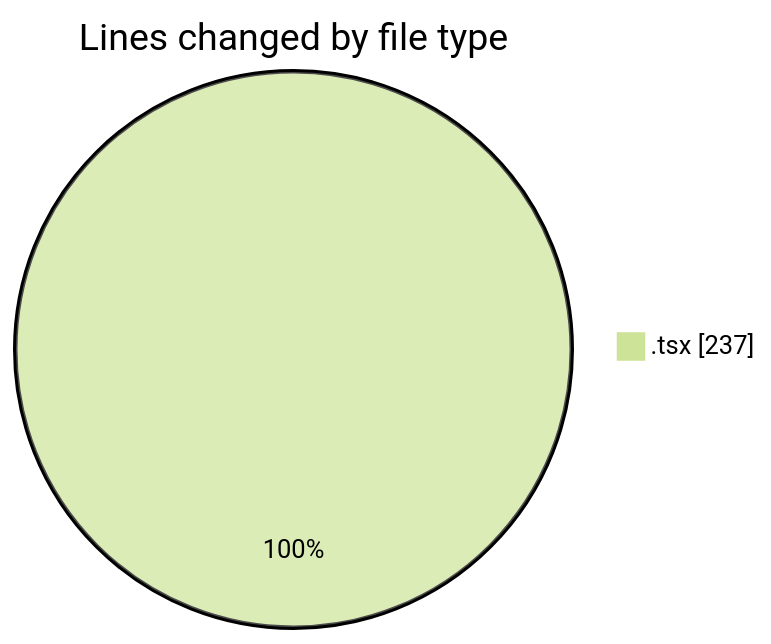
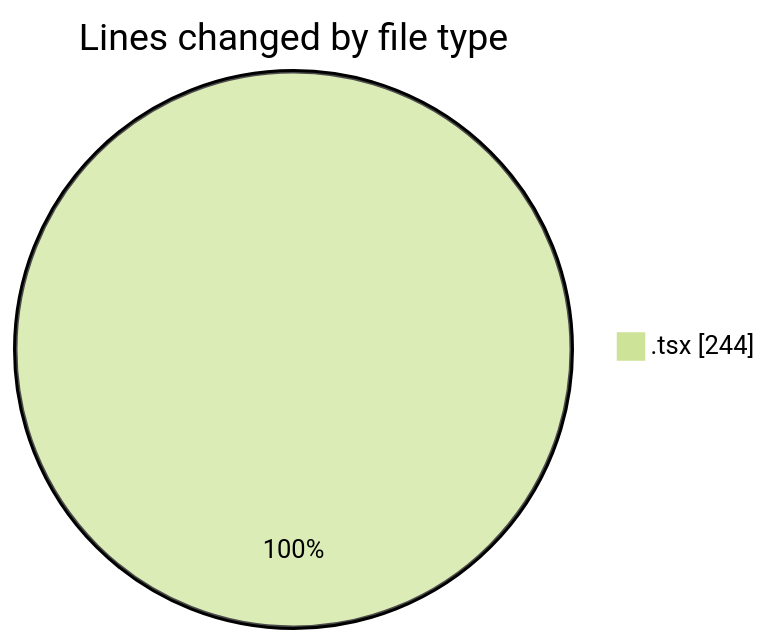
The first of 2 diagrams in 2026-04-07/airfeed-analytics-dashboard/README.md (nxtqubesakshisongat/code-tracking), drawn with Mermaid (forest theme) before and after one commit. The commit also changed other lines of this file and 1 other file, not shown here.

````diff
--- a/2026-04-07/airfeed-analytics-dashboard/README.md
+++ b/2026-04-07/airfeed-analytics-dashboard/README.md
@@ -23,5 +24,5 @@
 ```mermaid
 pie showData
 title Lines changed by file type
-".tsx" : 237
+".tsx" : 244
 ```
````
